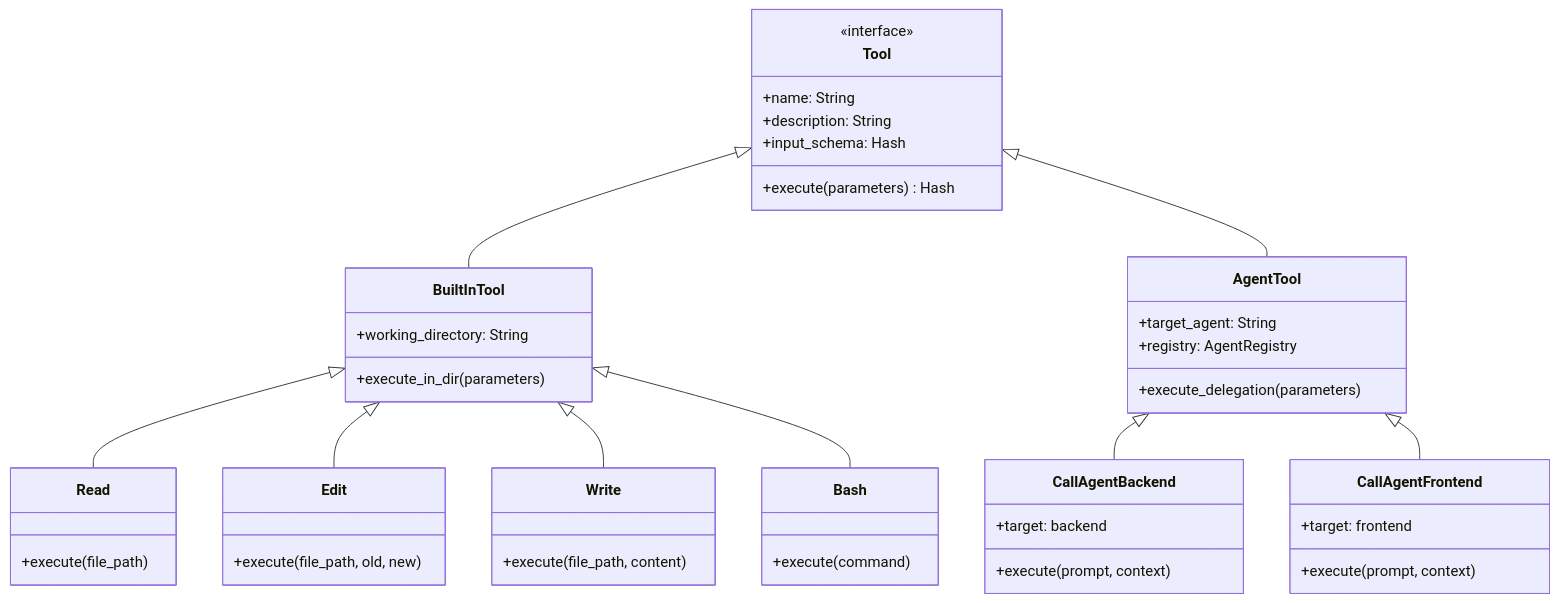
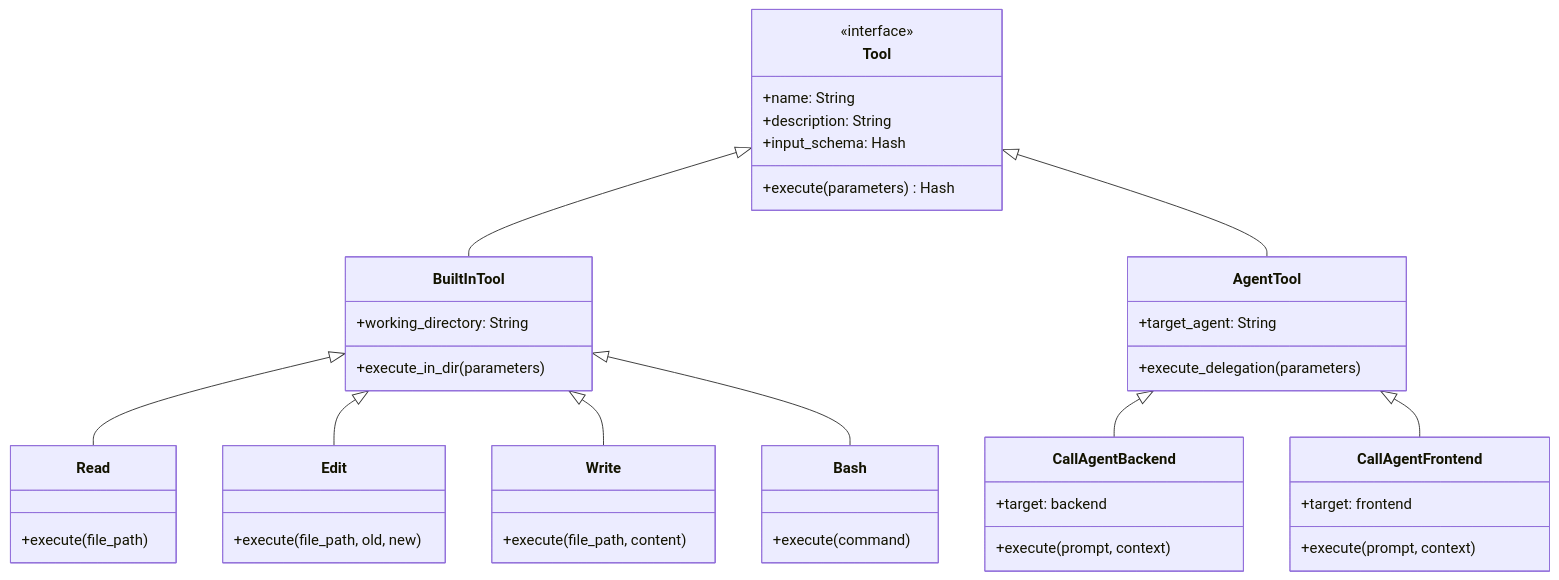
The seventh of 9 diagrams in docs/swarm_sdk_architecture.md (parruda/claude-swarm), drawn with Mermaid before and after one commit. The commit also changed other lines of this file and 4 other files, not shown here.

First line of the commit message:
Remove AgentRegistry and update SwarmSDK defaults

````diff
--- a/docs/swarm_sdk_architecture.md
+++ b/docs/swarm_sdk_architecture.md
@@ -1787,58 +1748,57 @@
 ```mermaid
 classDiagram
     class Tool {
         <<interface>>
         +name: String
         +description: String
         +input_schema: Hash
         +execute(parameters) Hash
     }
 
     class BuiltInTool {
         +working_directory: String
         +execute_in_dir(parameters)
     }
 
     class AgentTool {
         +target_agent: String
-        +registry: AgentRegistry
         +execute_delegation(parameters)
     }
 
     class Read {
         +execute(file_path)
     }
 
     class Edit {
         +execute(file_path, old, new)
     }
 
     class Write {
         +execute(file_path, content)
     }
 
     class Bash {
         +execute(command)
     }
 
     class CallAgentBackend {
         +target: backend
         +execute(prompt, context)
     }
 
     class CallAgentFrontend {
         +target: frontend
         +execute(prompt, context)
     }
 
     Tool <|-- BuiltInTool
     Tool <|-- AgentTool
 
     BuiltInTool <|-- Read
     BuiltInTool <|-- Edit
     BuiltInTool <|-- Write
     BuiltInTool <|-- Bash
 
     AgentTool <|-- CallAgentBackend
     AgentTool <|-- CallAgentFrontend
 ```
````
